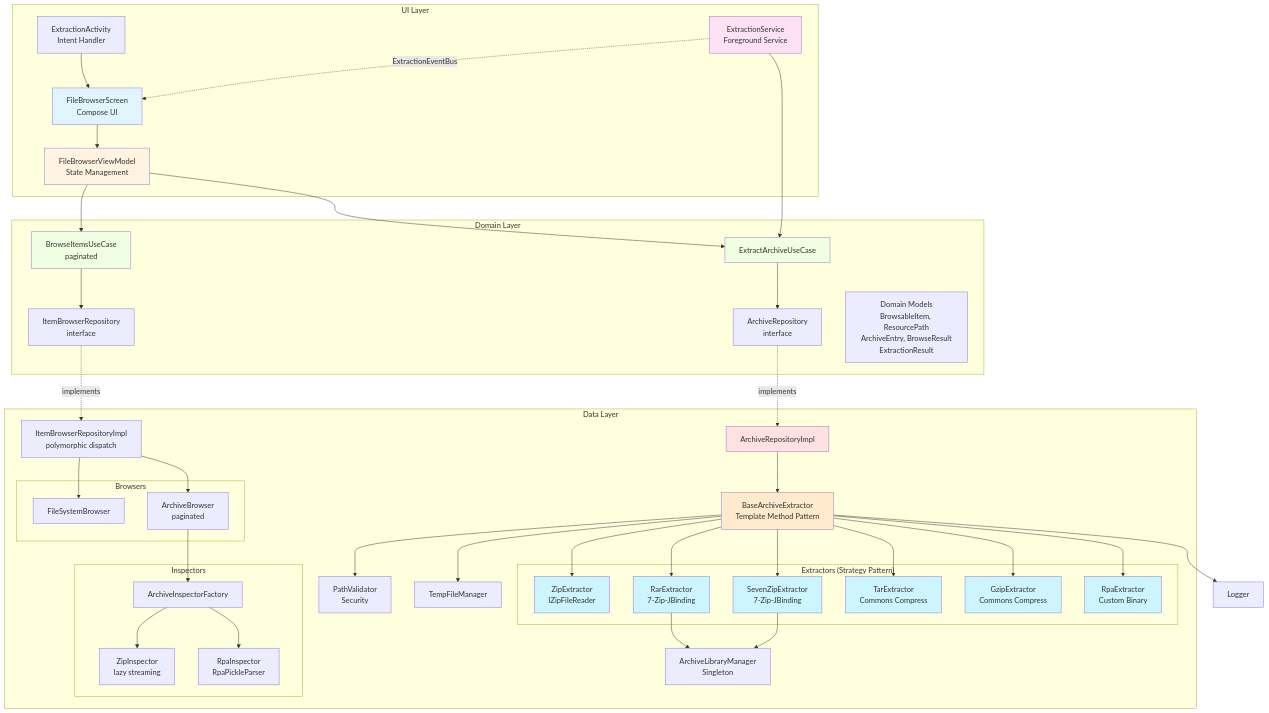
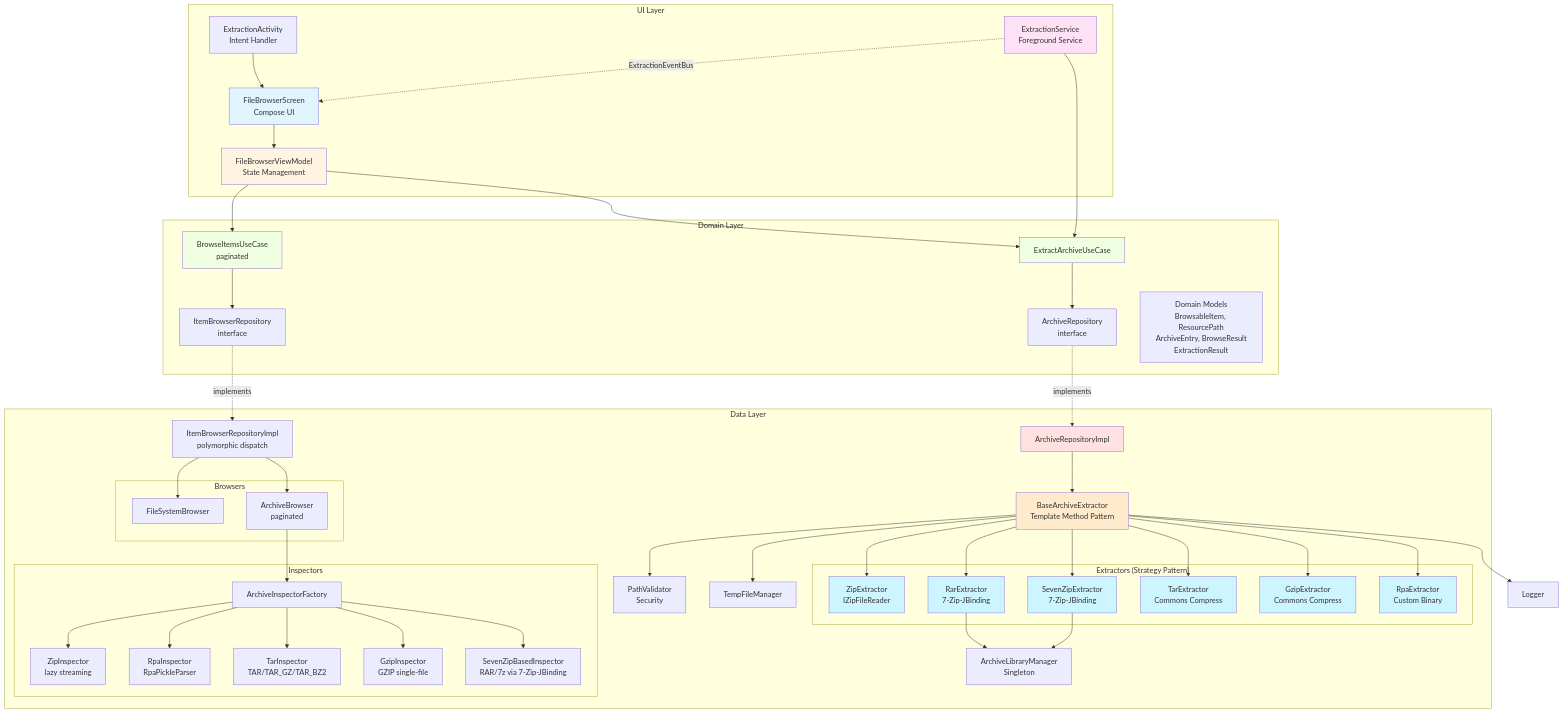
The first of 16 diagrams in .claude/contexts/architecture.md (TomasGC/otter), drawn with Mermaid before and after one commit. The commit also changed other lines of this file and 27 other files, not shown here.

First line of the commit message:
#46: feat: add GzipInspector, TarInspector, SevenZipBasedInspector and TAR_BZ2 support (#48)

```diff
--- a/.claude/contexts/architecture.md
+++ b/.claude/contexts/architecture.md
@@ -62,6 +62,9 @@
             InspectorFactory[ArchiveInspectorFactory]
             ZipInsp[ZipInspector<br/>lazy streaming]
             RpaInsp[RpaInspector<br/>RpaPickleParser]
+            TarInsp[TarInspector<br/>TAR/TAR_GZ/TAR_BZ2]
+            GzipInsp[GzipInspector<br/>GZIP single-file]
+            SevenZipInsp[SevenZipBasedInspector<br/>RAR/7z via 7-Zip-JBinding]
         end
         
         subgraph "Browsers"
@@ -97,6 +100,9 @@
     ArchBrowser --> InspectorFactory
     InspectorFactory --> ZipInsp
     InspectorFactory --> RpaInsp
+    InspectorFactory --> TarInsp
+    InspectorFactory --> GzipInsp
+    InspectorFactory --> SevenZipInsp
     RepoInterface -.implements.-> RepoImpl
     RepoImpl --> BaseExtractor
     BaseExtractor --> ZipExt
```
